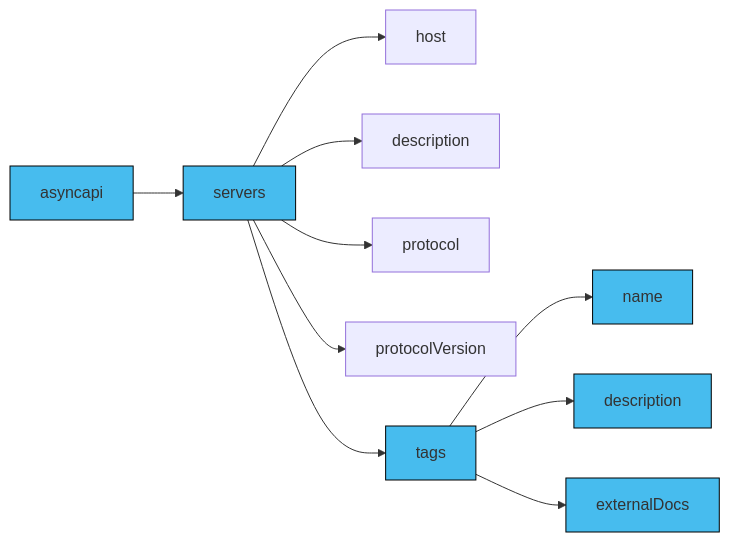
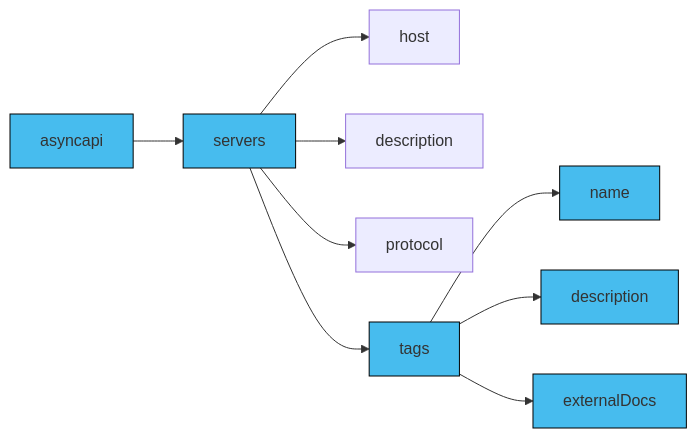
Before and after one commit to asyncapi/website: the second of 5 diagrams in pages/docs/concepts/asyncapi-document/tags.md, drawn with Mermaid. The commit also changed other lines of this file, not shown here.

Commit message:
Update diagrams

````diff
--- a/pages/docs/concepts/asyncapi-document/tags.md
+++ b/pages/docs/concepts/asyncapi-document/tags.md
@@ -75,18 +75,17 @@
 ```mermaid
 graph LR
   A[asyncapi] --> B[servers]
   B --> C[host]
   B --> D[description]
   B --> E[protocol]
-  B --> F[protocolVersion]
   B --> G[tags]
   G --> H[name]
   G --> I[description]
   G --> J[externalDocs]
   style A fill:#47BCEE,stroke:#000;
   style B fill:#47BCEE,stroke:#000;
   style G fill:#47BCEE,stroke:#000;
   style I fill:#47BCEE,stroke:#000;
   style H fill:#47BCEE,stroke:#000;
   style J fill:#47BCEE,stroke:#000;
 ```
````
